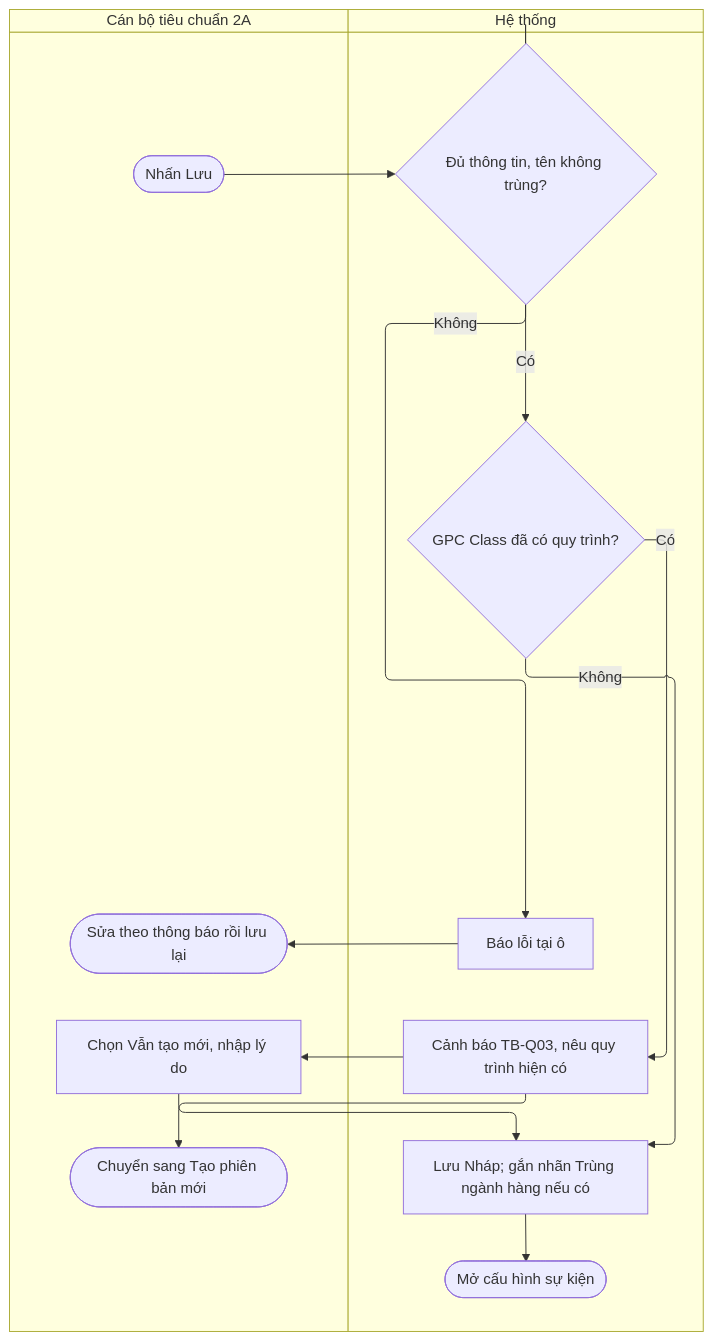
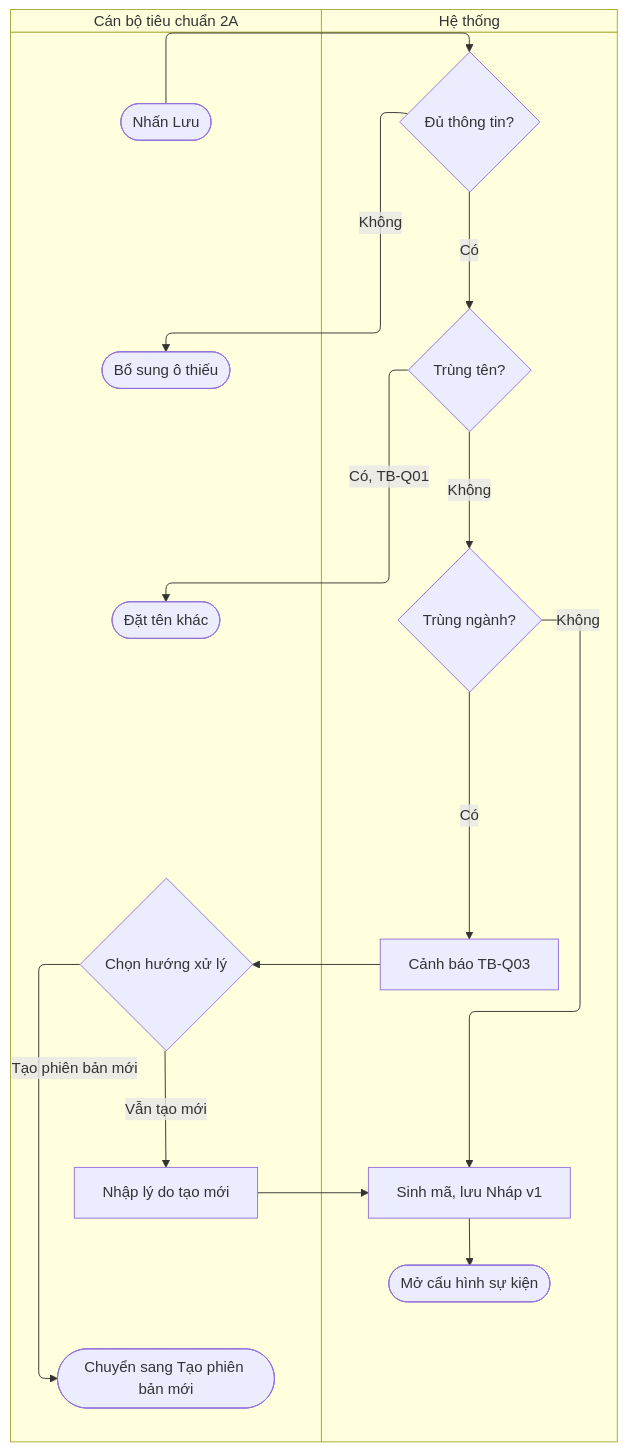
One commit to cuongnh-rd/ndatrace-attp changed the second of 2 diagrams in docs/prd/quy-trinh-tieu-chuan-txng/7.1-tao-khung-quy-trinh.md. Above: the diagram before and after it, drawn with Mermaid. The commit also changed other lines of this file and 9 other files, not shown here.

First line of the commit message:
docs(prd): vẽ lại swimlane Quy trình tiêu chuẩn TXNG, phạm vi trùng ngành theo cơ quan cấp 2, sửa tham chiếu luồng

````diff
--- a/docs/prd/quy-trinh-tieu-chuan-txng/7.1-tao-khung-quy-trinh.md
+++ b/docs/prd/quy-trinh-tieu-chuan-txng/7.1-tao-khung-quy-trinh.md
@@ -81,27 +82,31 @@
 ```mermaid
 swimlane-beta TB
   subgraph CB["Cán bộ tiêu chuẩn 2A"]
     s(["Nhấn Lưu"])
-    c1["Chọn Vẫn tạo mới, nhập lý do"]
-    c2(["Chuyển sang Tạo phiên bản mới"])
-    c3(["Sửa theo thông báo rồi lưu lại"])
+    c0(["Bổ sung ô thiếu"])
+    c4(["Đặt tên khác"])
+    c1{"Chọn hướng xử lý"}
+    c2["Nhập lý do tạo mới"]
+    c3(["Chuyển sang Tạo phiên bản mới"])
   end
   subgraph HT["Hệ thống"]
-    d0{"Đủ thông tin, tên không trùng?"}
-    h0["Báo lỗi tại ô"]
-    d1{"GPC Class đã có quy trình?"}
-    h1["Cảnh báo TB-Q03, nêu quy trình hiện có"]
-    h2["Lưu Nháp; gắn nhãn Trùng ngành hàng nếu có"]
+    d0{"Đủ thông tin?"}
+    d1{"Trùng tên?"}
+    d2{"Trùng ngành?"}
+    h2["Cảnh báo TB-Q03"]
+    h3["Sinh mã, lưu Nháp v1"]
     e(["Mở cấu hình sự kiện"])
   end
   s --> d0
-  d0 -->|Không| h0
-  h0 --> c3
+  d0 -->|Không| c0
   d0 -->|Có| d1
-  d1 -->|Không| h2
-  d1 -->|Có| h1
-  h1 --> c1
-  h1 --> c2
-  c1 --> h2
-  h2 --> e
+  d1 -->|Có, TB-Q01| c4
+  d1 -->|Không| d2
+  d2 -->|Có| h2
+  d2 -->|Không| h3
+  h2 --> c1
+  c1 -->|Vẫn tạo mới| c2
+  c1 -->|Tạo phiên bản mới| c3
+  c2 --> h3
+  h3 --> e
 ```
````
